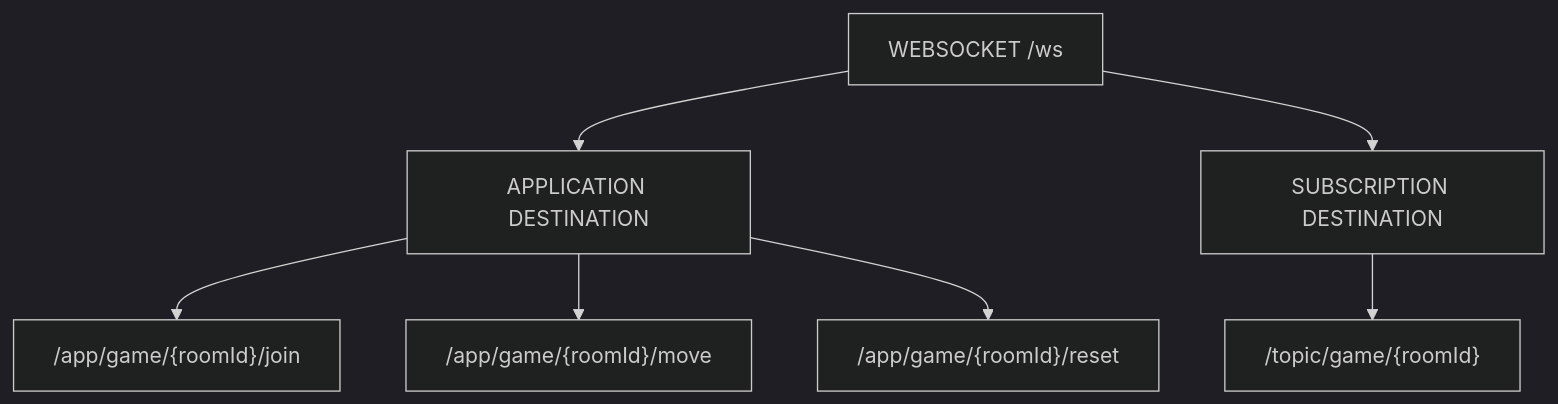
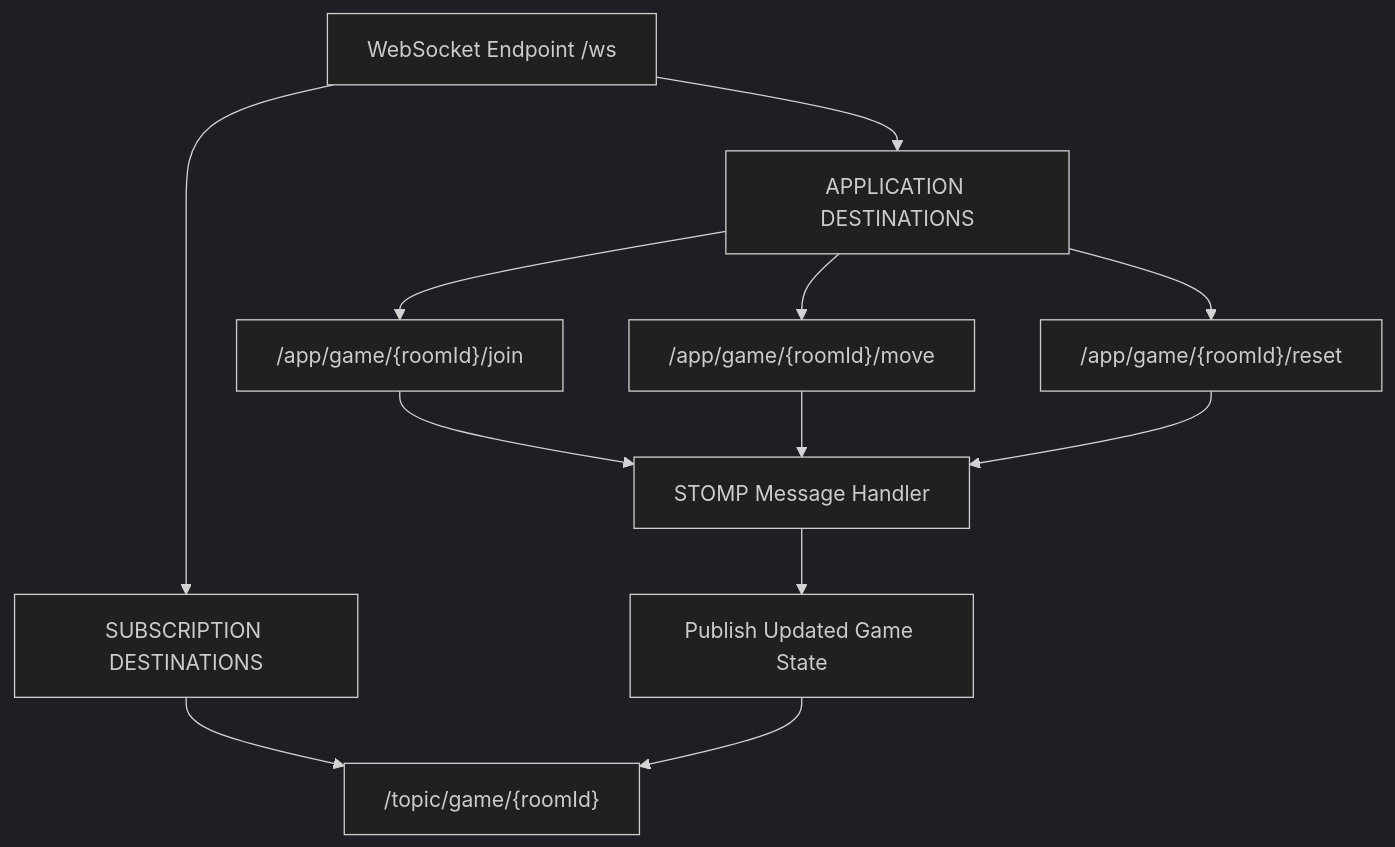
Before and after one commit to AnshCyberSec/nexus-arena: diagram 13 of 18 in README.md, drawn with Mermaid (dark theme). The commit also changed other lines of this file, not shown here.

````diff
--- a/README.md
+++ b/README.md
@@ -383,12 +456,20 @@
 ```mermaid
 flowchart TB
-    WS["WEBSOCKET /ws"]
-    WS --> APP["APPLICATION DESTINATION"]
-    WS --> TOPIC["SUBSCRIPTION DESTINATION"]
+    WS["WebSocket Endpoint /ws"]
+
+    WS --> APP["APPLICATION DESTINATIONS"]
+    WS --> TOPIC["SUBSCRIPTION DESTINATIONS"]
 
     APP --> JOIN["/app/game/{roomId}/join"]
     APP --> MOVE["/app/game/{roomId}/move"]
     APP --> RESET["/app/game/{roomId}/reset"]
 
     TOPIC --> GAME["/topic/game/{roomId}"]
+
+    JOIN --> HANDLER["STOMP Message Handler"]
+    MOVE --> HANDLER
+    RESET --> HANDLER
+
+    HANDLER --> BROADCAST["Publish Updated Game State"]
+    BROADCAST --> GAME
 ```
````
